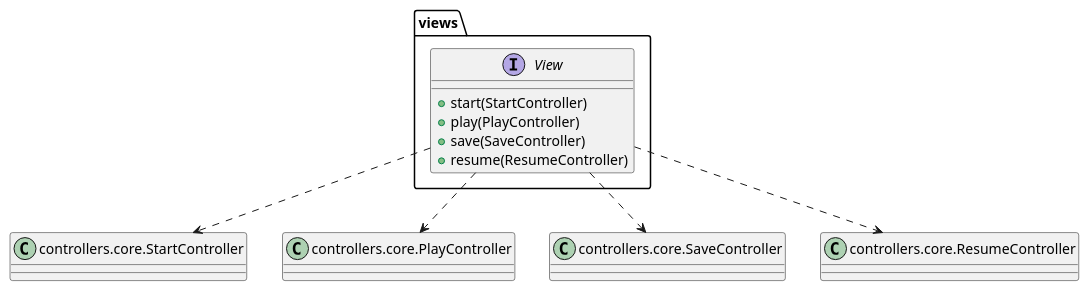
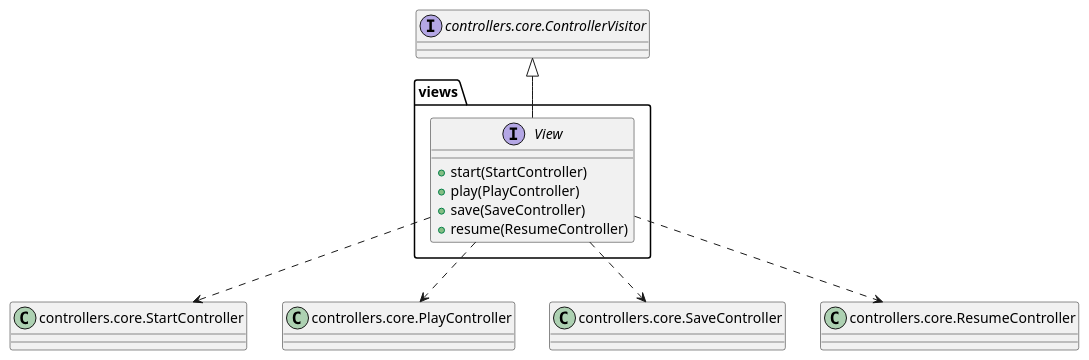
Before and after one commit to js-rom/connect4: the diagram in connect4/Docs/diagrams/src/packages/connect4.connect4.views.plantuml, drawn with PlantUML. The commit also changed 6 other files, not shown here.

Commit message:
refactor View so launchers can pass any View to Logic instead of a concrete view implementation of ControllerVisitor #13

```diff
--- a/connect4/Docs/diagrams/src/packages/connect4.connect4.views.plantuml
+++ b/connect4/Docs/diagrams/src/packages/connect4.connect4.views.plantuml
@@ -1,21 +1,24 @@
 @startuml connect4.connect4.views
 
 
 interface views.View
 class StartController as "controllers.core.StartController"
 class PlayController as "controllers.core.PlayController"
 class SaveController as "controllers.core.SaveController"
 class ResumeController as "controllers.core.ResumeController"
+interface ControllerVisitor as "controllers.core.ControllerVisitor"
 
 View : +start(StartController)
 View : +play(PlayController)
 View : +save(SaveController)
 View : +resume(ResumeController)
 
 View ..> StartController
 View ..> PlayController
 View ..> SaveController
 View ..> ResumeController
 
+ControllerVisitor <|-- View
+
 
 @enduml
```
